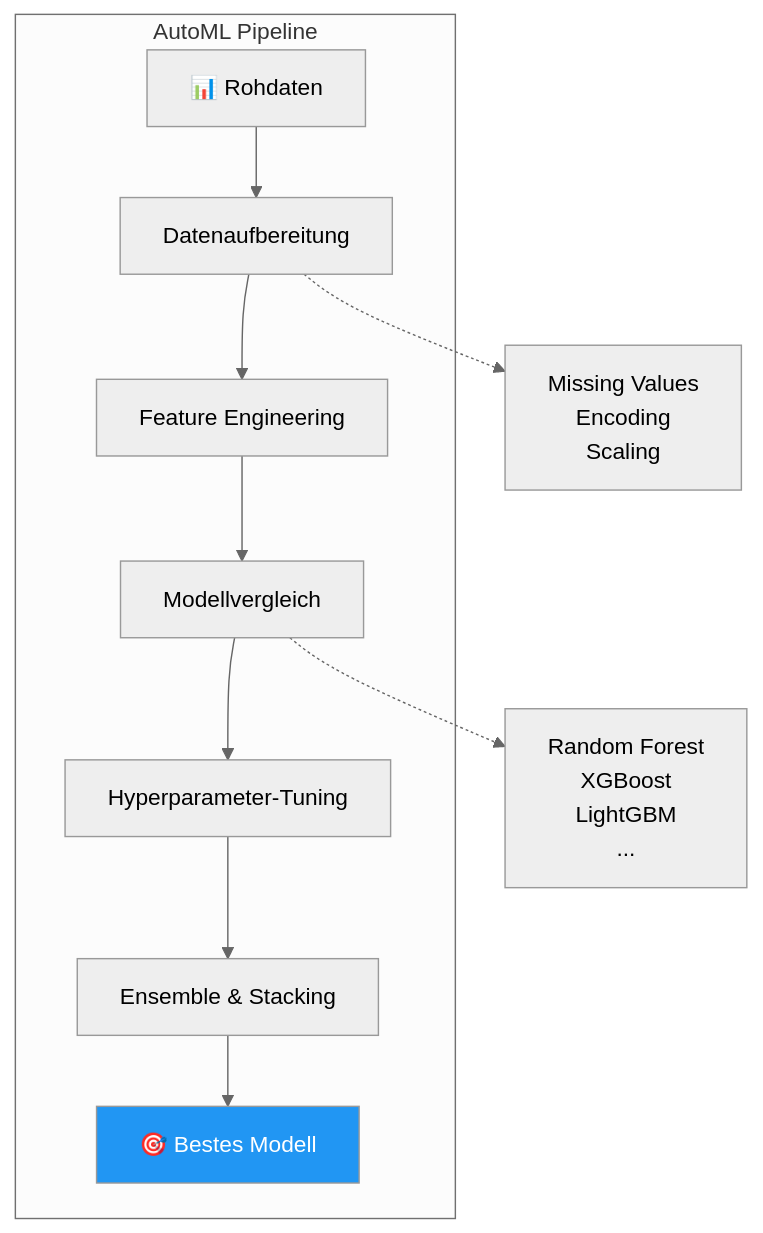
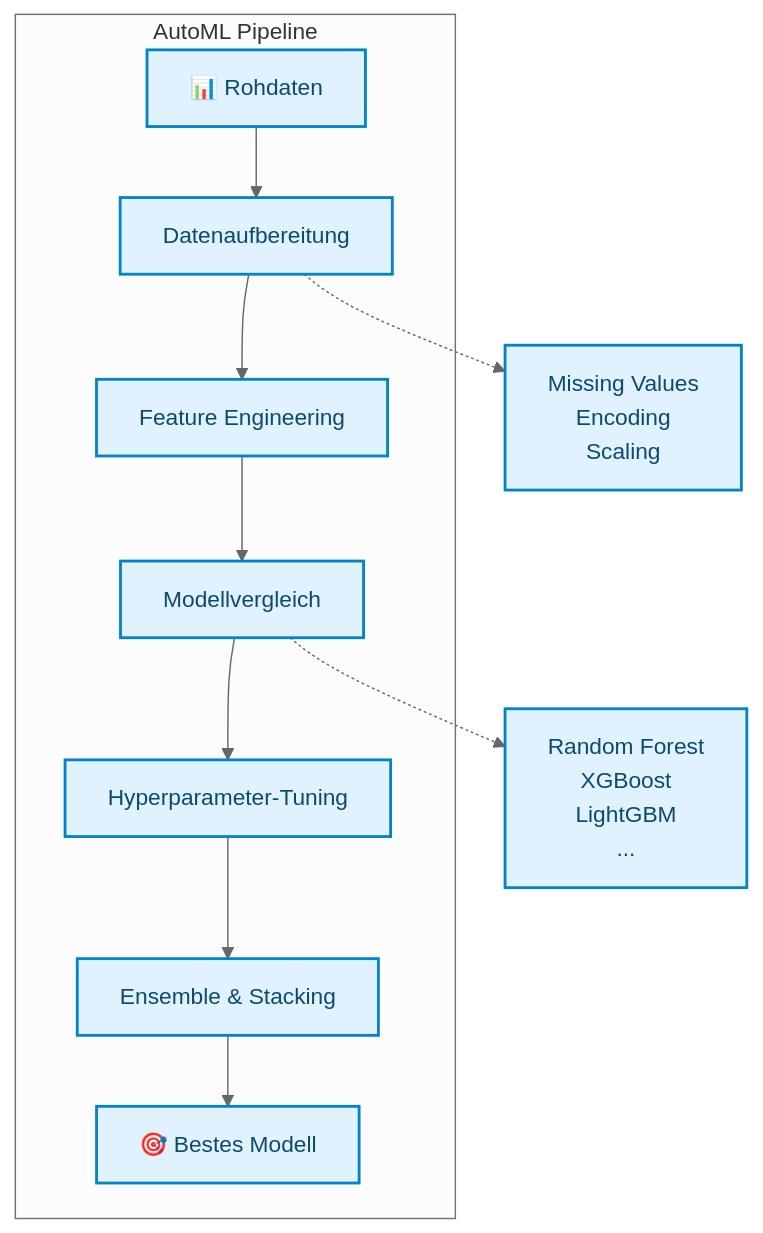
Before and after one commit to ralf-42/ML_Intro: the second of 3 diagrams in docs/concepts/modeling/automl.md, drawn with Mermaid (neutral theme). The commit also changed other lines of this file and 67 other files, not shown here.

````diff
--- a/docs/concepts/modeling/automl.md
+++ b/docs/concepts/modeling/automl.md
@@ -62,16 +64,16 @@
 ```mermaid
 flowchart TD
     subgraph "AutoML Pipeline"
         A[📊 Rohdaten] --> B[Datenaufbereitung]
         B --> C[Feature Engineering]
         C --> D[Modellvergleich]
         D --> E[Hyperparameter-Tuning]
         E --> F[Ensemble & Stacking]
         F --> G[🎯 Bestes Modell]
     end
     
     B -.-> B1[Missing Values<br/>Encoding<br/>Scaling]
     D -.-> D1[Random Forest<br/>XGBoost<br/>LightGBM<br/>...]
-    
-    style G fill:#2196F3,color:#fff
+
+    classDef default fill:#e0f2fe,stroke:#0284c7,stroke-width:2px,color:#0c4a6e;
 ```
````
